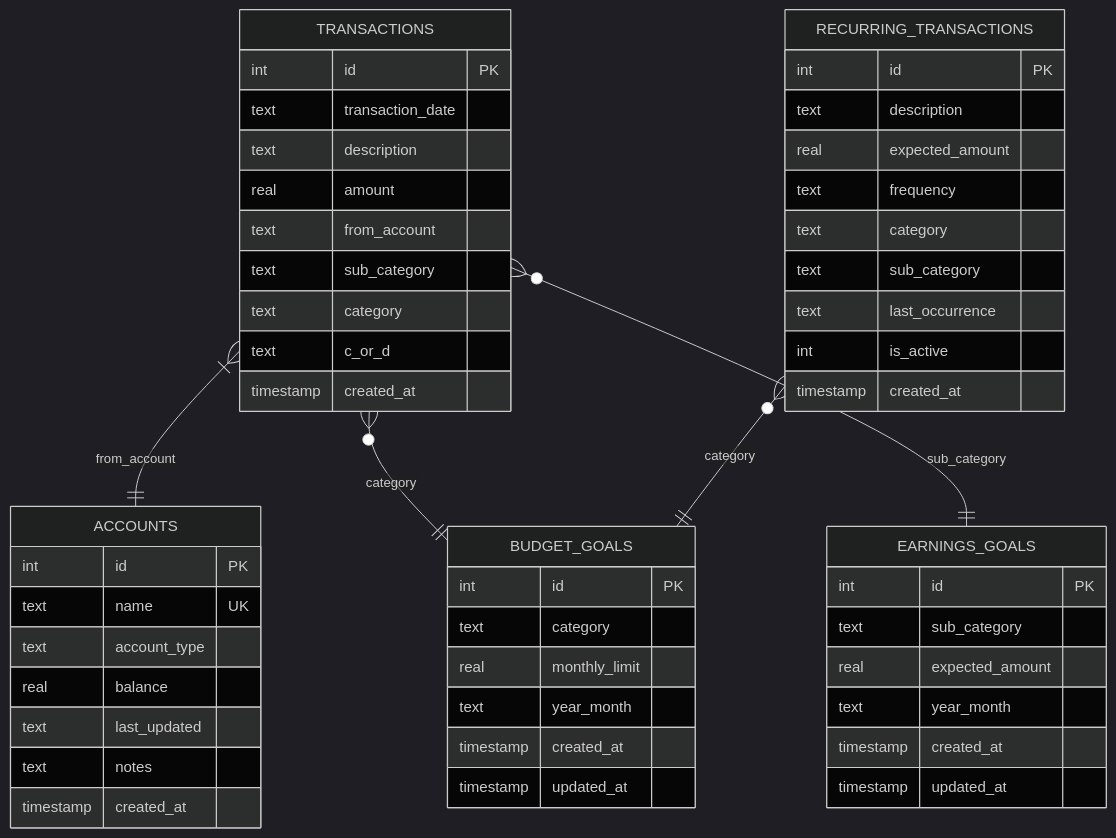
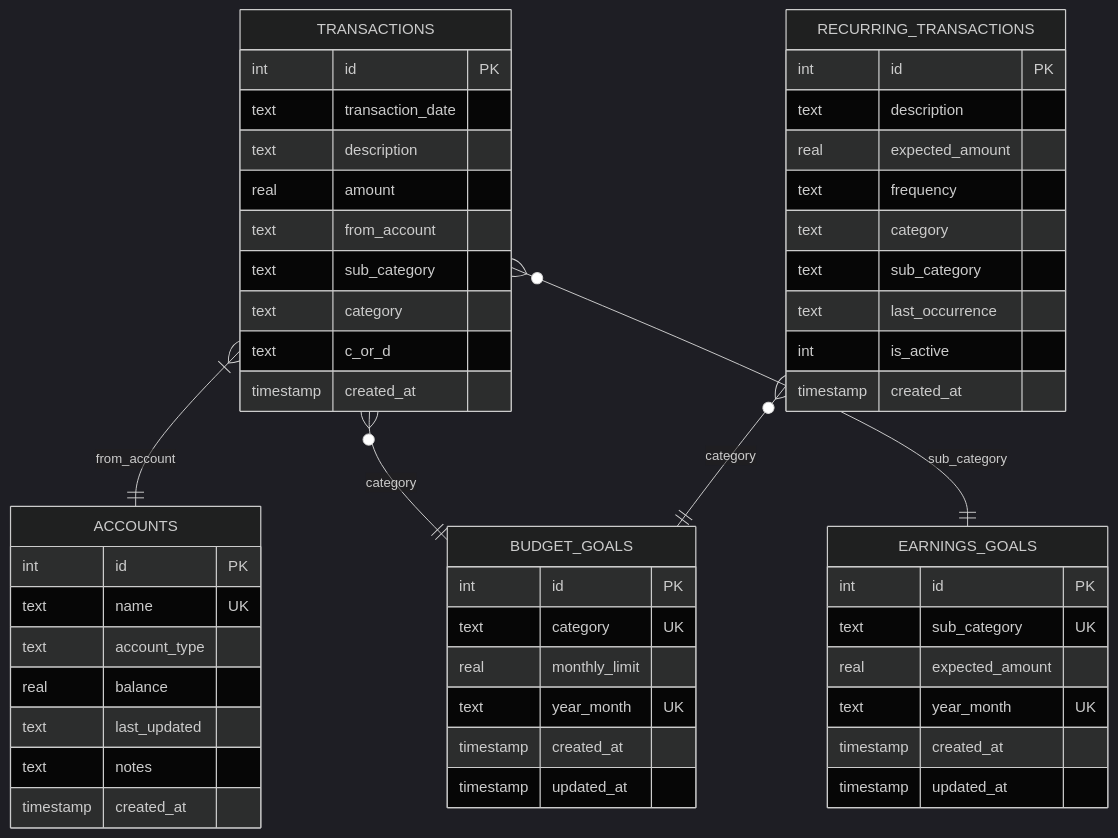
The third of 26 diagrams in docs/LLD.md (Harvest-Forged-Code/Analyser), drawn with Mermaid (dark theme) before and after one commit. The commit also changed other lines of this file and 129 other files, not shown here.

````diff
--- a/docs/LLD.md
+++ b/docs/LLD.md
@@ -358,59 +664,59 @@
 ```mermaid
 erDiagram
     TRANSACTIONS {
         int id PK
         text transaction_date
         text description
         real amount
         text from_account
         text sub_category
         text category
         text c_or_d
         timestamp created_at
     }
 
     BUDGET_GOALS {
         int id PK
-        text category
+        text category UK
         real monthly_limit
-        text year_month
+        text year_month UK
         timestamp created_at
         timestamp updated_at
     }
 
     EARNINGS_GOALS {
         int id PK
-        text sub_category
+        text sub_category UK
         real expected_amount
-        text year_month
+        text year_month UK
         timestamp created_at
         timestamp updated_at
     }
 
     ACCOUNTS {
         int id PK
         text name UK
         text account_type
         real balance
         text last_updated
         text notes
         timestamp created_at
     }
 
     RECURRING_TRANSACTIONS {
         int id PK
         text description
         real expected_amount
         text frequency
         text category
         text sub_category
         text last_occurrence
         int is_active
         timestamp created_at
     }
 
     TRANSACTIONS }|--|| ACCOUNTS : "from_account"
     TRANSACTIONS }o--|| BUDGET_GOALS : "category"
     TRANSACTIONS }o--|| EARNINGS_GOALS : "sub_category"
     RECURRING_TRANSACTIONS }o--|| BUDGET_GOALS : "category"
 ```
````
